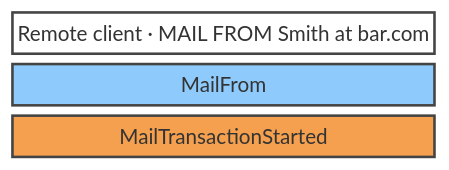
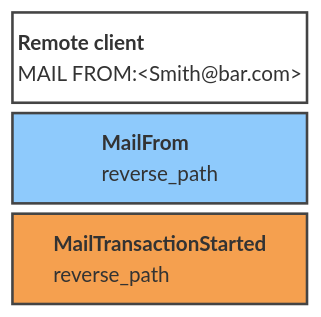
The first of 9 diagrams in docs/diagrams/README.md (IvanTheGeek/FnEmail-Model), drawn with Mermaid before and after one commit. The commit also changed other lines of this file, not shown here.

````diff
--- a/docs/diagrams/README.md
+++ b/docs/diagrams/README.md
@@ -25,11 +40,14 @@
 ```mermaid
-block-beta
+block
   columns 1
-  actor["Remote client · MAIL FROM Smith at bar.com"]
-  cmd["MailFrom"]
-  evt["MailTransactionStarted"]
+  actor["<b>Remote client</b>\nMAIL FROM:&lt;Smith@bar.com&gt;"]
+  cmd["<b>MailFrom</b>\nreverse_path"]
+  evt["<b>MailTransactionStarted</b>\nreverse_path"]
 
-  style actor fill:#ffffff,stroke:#444,stroke-width:2px,color:#000
-  style cmd fill:#8ecafc,stroke:#444,stroke-width:2px,color:#000
-  style evt fill:#f5a04f,stroke:#444,stroke-width:2px,color:#000
+  classDef screen fill:#ffffff,stroke:#444,stroke-width:2px,color:#000,text-align:left,height:70px
+  classDef command fill:#8ecafc,stroke:#444,stroke-width:2px,color:#000,text-align:left,height:70px
+  classDef event fill:#f5a04f,stroke:#444,stroke-width:2px,color:#000,text-align:left,height:70px
+  class actor screen
+  class cmd command
+  class evt event
 ```
````
